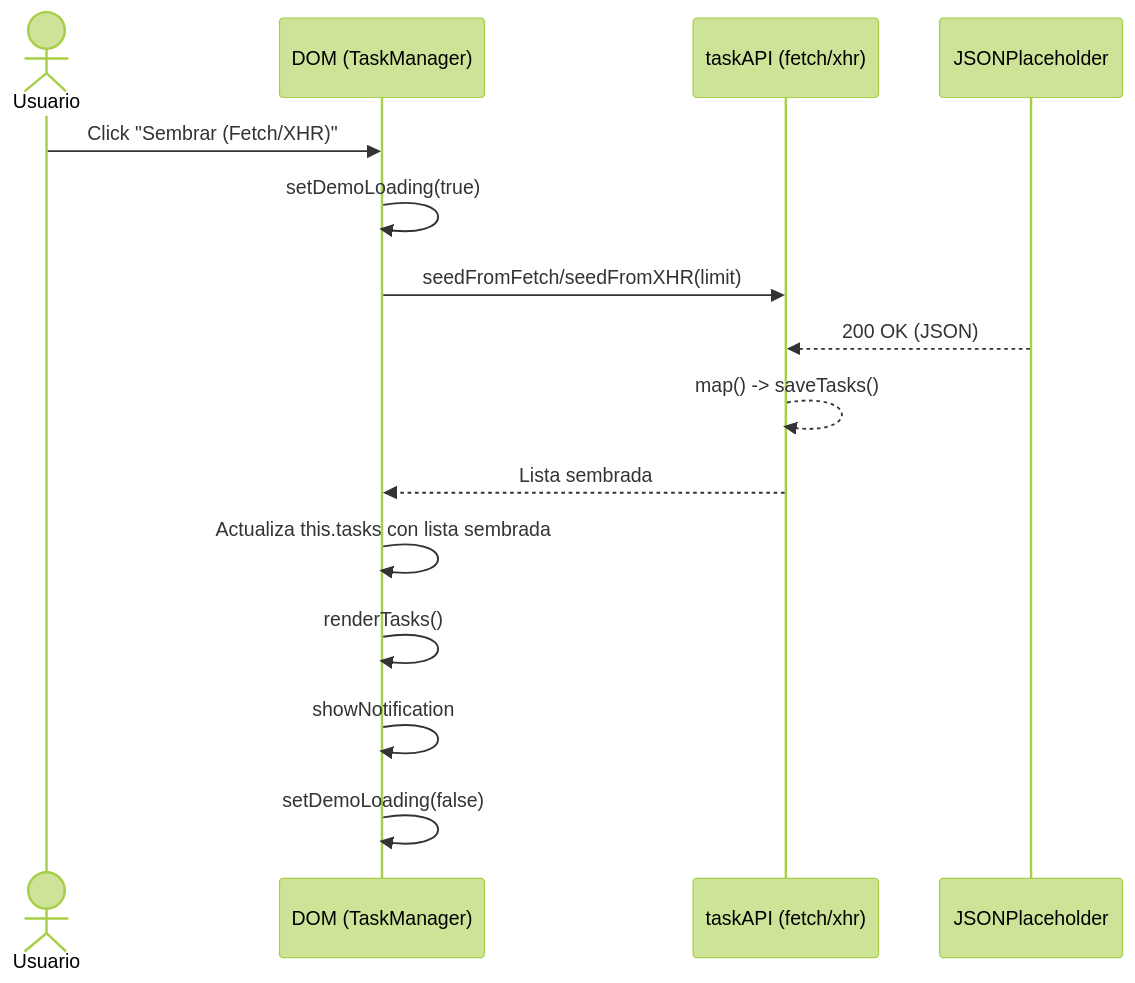
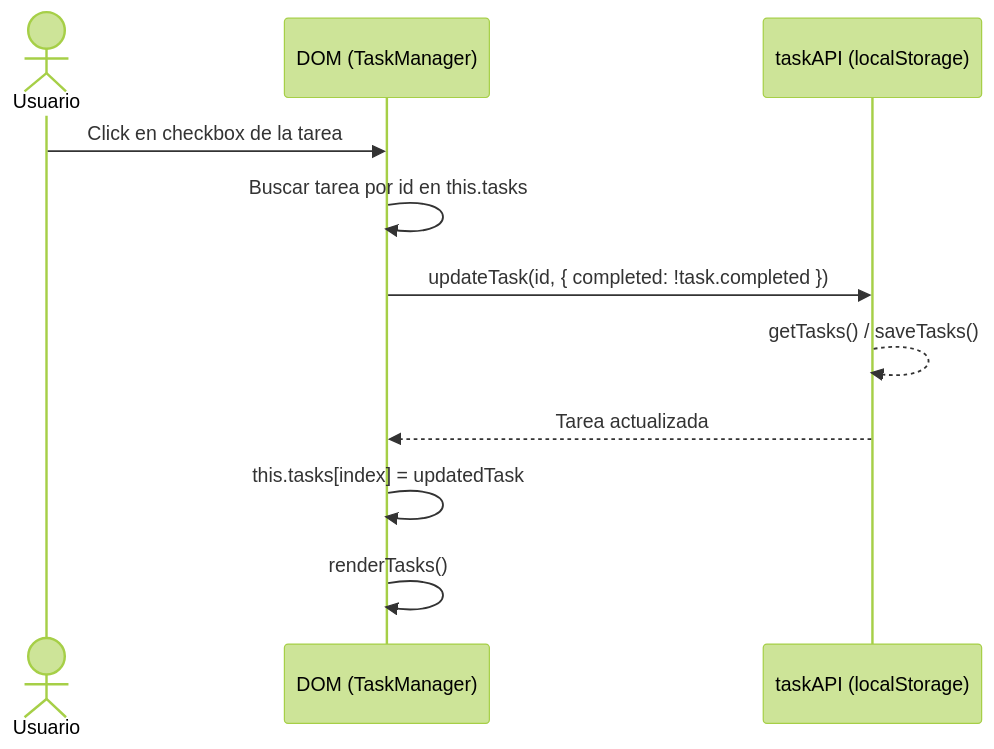
One commit to rgplazas/TaskMaster changed the second of 12 diagrams in README.md. Above: the diagram before and after it, drawn with Mermaid (forest theme). The commit also changed other lines of this file, not shown here.

Commit message:
docs: add sequence diagrams for CRUD operations and task state management

````diff
--- a/README.md
+++ b/README.md
@@ -115,18 +115,14 @@
 ```mermaid
 sequenceDiagram
     actor U as Usuario
     participant UI as DOM (TaskManager)
-    participant API as taskAPI (fetch/xhr)
-    participant NET as JSONPlaceholder
+    participant API as taskAPI (localStorage)
 
-    U->>UI: Click "Sembrar (Fetch/XHR)"
-    UI->>UI: setDemoLoading(true)
-    UI->>API: seedFromFetch/seedFromXHR(limit)
-    NET-->>API: 200 OK (JSON)
-    API-->>API: map() -> saveTasks()
-    API-->>UI: Lista sembrada
-    UI->>UI: Actualiza this.tasks con lista sembrada
+    U->>UI: Click en checkbox de la tarea
+    UI->>UI: Buscar tarea por id en this.tasks
+    UI->>API: updateTask(id, { completed: !task.completed })
+    API-->>API: getTasks() / saveTasks()
+    API-->>UI: Tarea actualizada
+    UI->>UI: this.tasks[index] = updatedTask
     UI->>UI: renderTasks()
-    UI->>UI: showNotification
-    UI->>UI: setDemoLoading(false)
 ```
````
